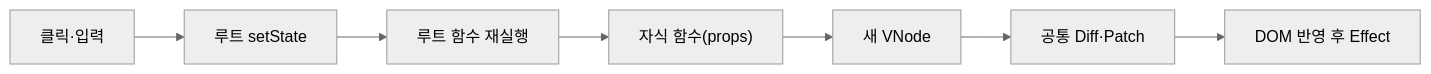
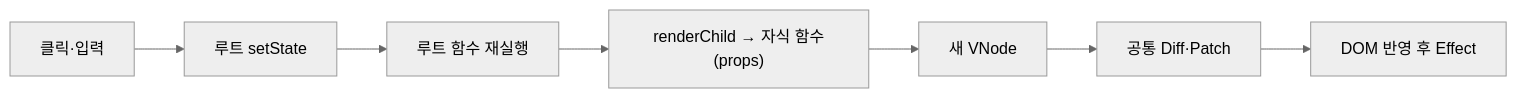
Before and after one commit to WEEK11-12/mini-react: the diagram in docs/design/component-hooks.md, drawn with Mermaid (neutral theme). The commit also changed other lines of this file and 36 other files, not shown here.

````diff
--- a/docs/design/component-hooks.md
+++ b/docs/design/component-hooks.md
@@ -12,9 +25,9 @@
 ```mermaid
 flowchart LR
   E["클릭·입력"] --> S["루트 setState"]
   S --> R["루트 함수 재실행"]
-  R --> C["자식 함수(props)"]
+  R --> C["renderChild → 자식 함수(props)"]
   C --> N["새 VNode"]
   N --> D["공통 Diff·Patch"]
   D --> F["DOM 반영 후 Effect"]
 ```
````
